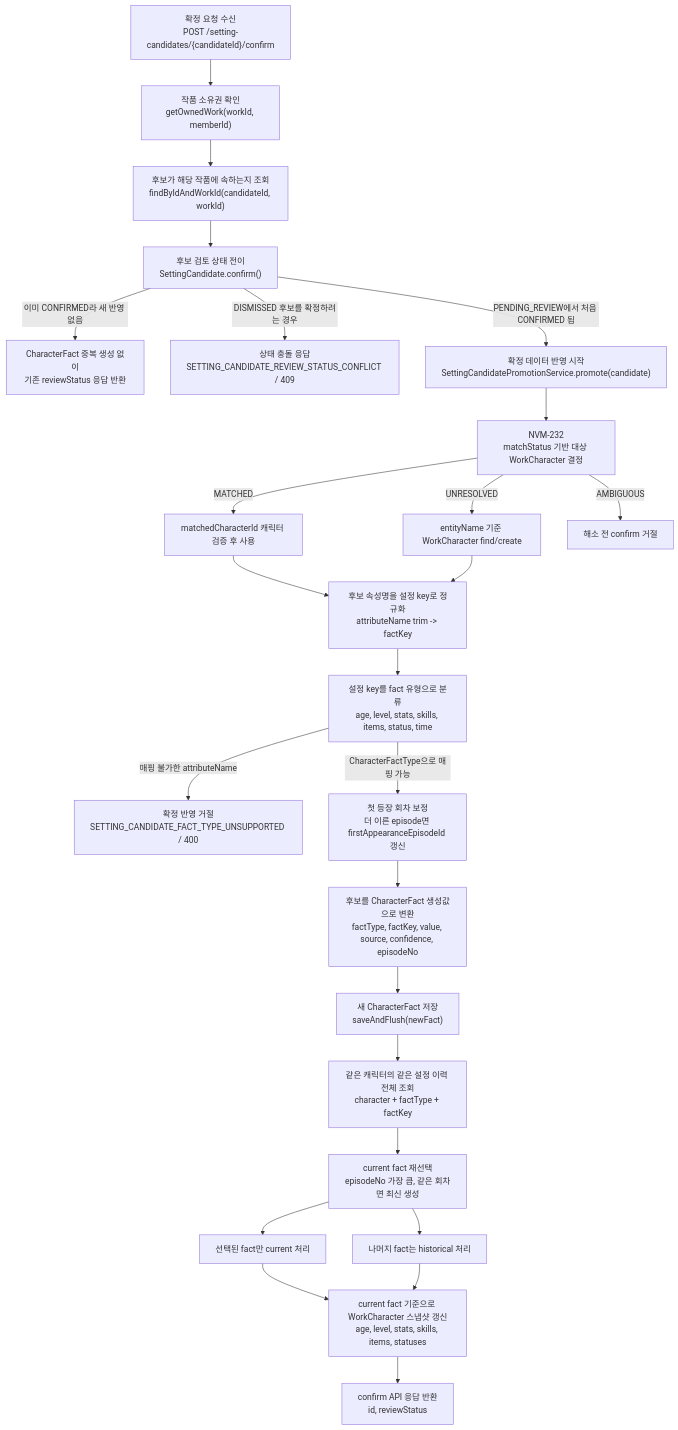
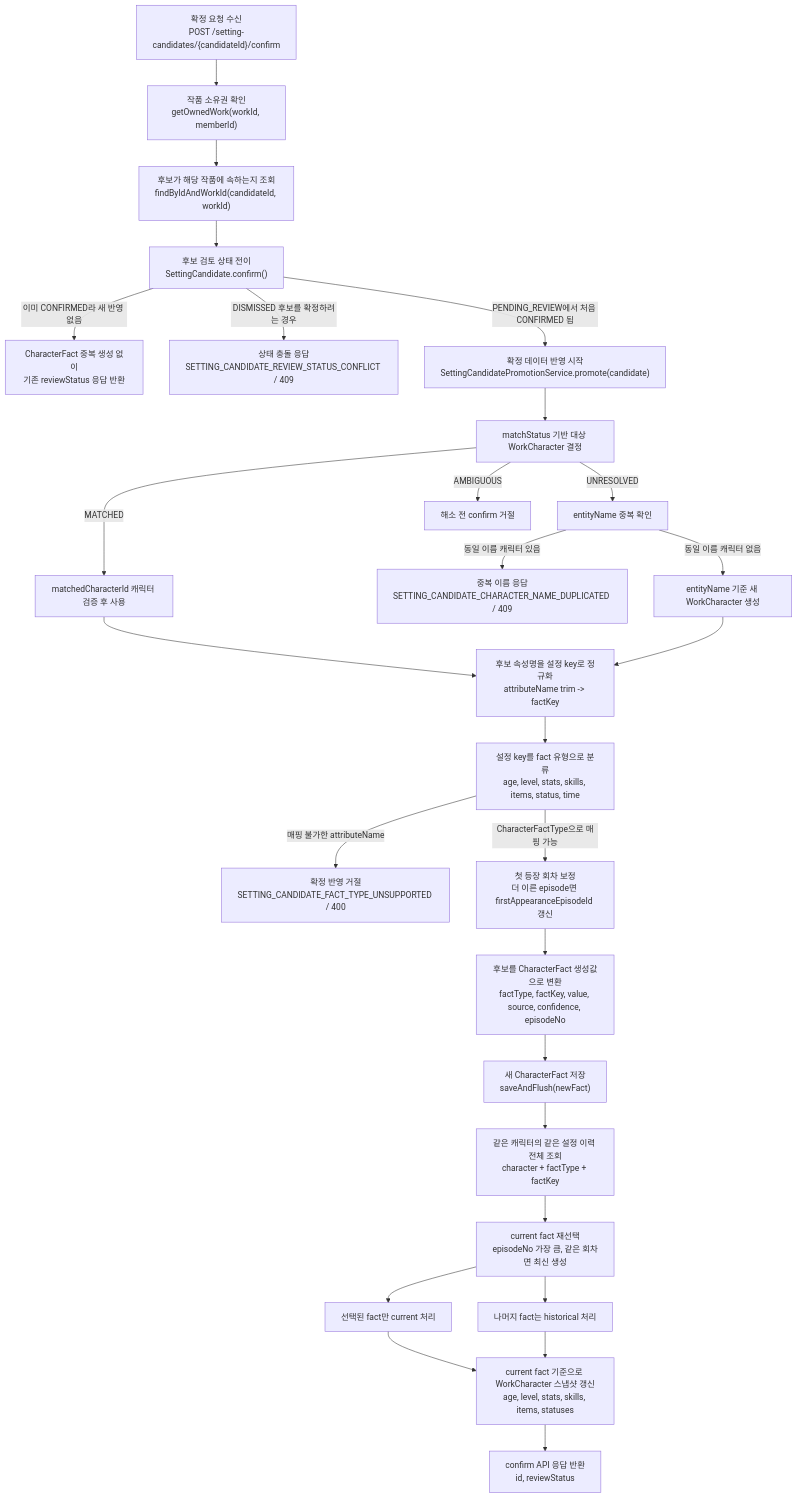
One commit to catchhole-soma/catchhole-backend-java changed the second of 7 diagrams in docs/character.md. Above: the diagram before and after it, drawn with Mermaid. The commit also changed other lines of this file and 3 other files, not shown here.

````diff
--- a/docs/character.md
+++ b/docs/character.md
@@ -355,30 +357,32 @@
 ```mermaid
 flowchart TD
     A["확정 요청 수신<br/>POST /setting-candidates/{candidateId}/confirm"] --> B["작품 소유권 확인<br/>getOwnedWork(workId, memberId)"]
     B --> C["후보가 해당 작품에 속하는지 조회<br/>findByIdAndWorkId(candidateId, workId)"]
     C --> D["후보 검토 상태 전이<br/>SettingCandidate.confirm()"]
 
     D -->|"이미 CONFIRMED라 새 반영 없음"| Z["CharacterFact 중복 생성 없이<br/>기존 reviewStatus 응답 반환"]
     D -->|"DISMISSED 후보를 확정하려는 경우"| X["상태 충돌 응답<br/>SETTING_CANDIDATE_REVIEW_STATUS_CONFLICT / 409"]
     D -->|"PENDING_REVIEW에서 처음 CONFIRMED 됨"| E["확정 데이터 반영 시작<br/>SettingCandidatePromotionService.promote(candidate)"]
 
-    E --> F["NVM-232<br/>matchStatus 기반 대상 WorkCharacter 결정"]
+    E --> F["matchStatus 기반 대상 WorkCharacter 결정"]
     F -->|"MATCHED"| F1["matchedCharacterId 캐릭터 검증 후 사용"]
-    F -->|"UNRESOLVED"| F2["entityName 기준 WorkCharacter find/create"]
+    F -->|"UNRESOLVED"| F2["entityName 중복 확인"]
     F -->|"AMBIGUOUS"| F3["해소 전 confirm 거절"]
     F1 --> G["후보 속성명을 설정 key로 정규화<br/>attributeName trim -> factKey"]
-    F2 --> G
+    F2 -->|"동일 이름 캐릭터 있음"| W["중복 이름 응답<br/>SETTING_CANDIDATE_CHARACTER_NAME_DUPLICATED / 409"]
+    F2 -->|"동일 이름 캐릭터 없음"| F4["entityName 기준 새 WorkCharacter 생성"]
+    F4 --> G
     G --> H["설정 key를 fact 유형으로 분류<br/>age, level, stats, skills, items, status, time"]
     H -->|"매핑 불가한 attributeName"| Y["확정 반영 거절<br/>SETTING_CANDIDATE_FACT_TYPE_UNSUPPORTED / 400"]
     H -->|"CharacterFactType으로 매핑 가능"| I["첫 등장 회차 보정<br/>더 이른 episode면 firstAppearanceEpisodeId 갱신"]
 
     I --> J["후보를 CharacterFact 생성값으로 변환<br/>factType, factKey, value, source, confidence, episodeNo"]
     J --> K["새 CharacterFact 저장<br/>saveAndFlush(newFact)"]
     K --> L["같은 캐릭터의 같은 설정 이력 전체 조회<br/>character + factType + factKey"]
     L --> M2["current fact 재선택<br/>episodeNo 가장 큼, 같은 회차면 최신 생성"]
     M2 --> N2["선택된 fact만 current 처리"]
     M2 --> O2["나머지 fact는 historical 처리"]
     N2 --> P["current fact 기준으로 WorkCharacter 스냅샷 갱신<br/>age, level, stats, skills, items, statuses"]
     O2 --> P
     P --> Q["confirm API 응답 반환<br/>id, reviewStatus"]
 ```
````
